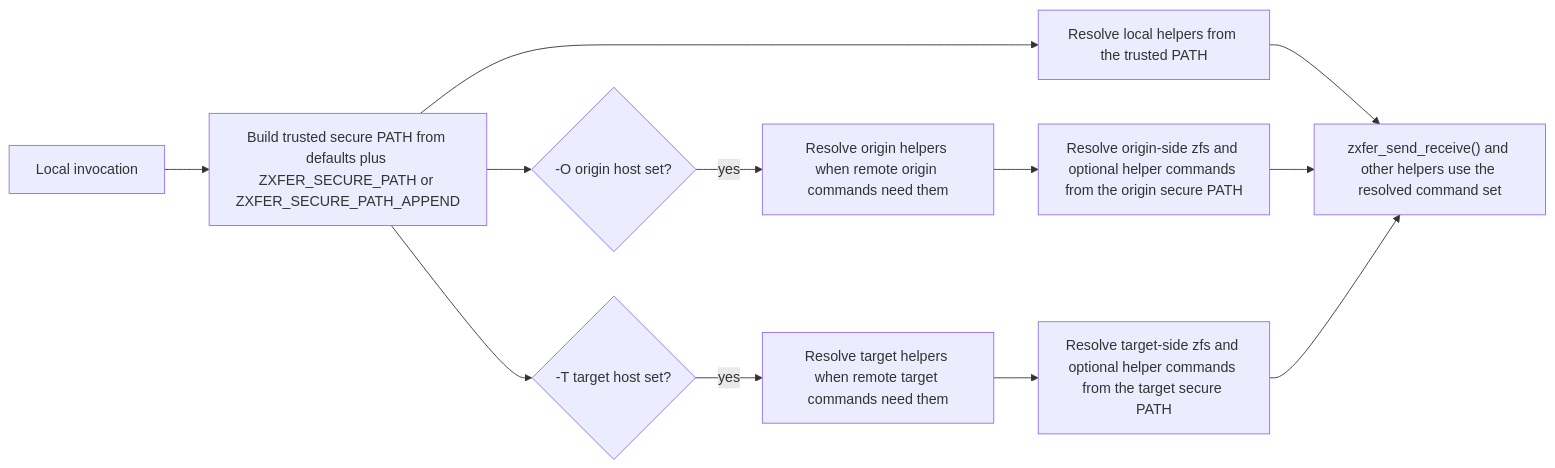
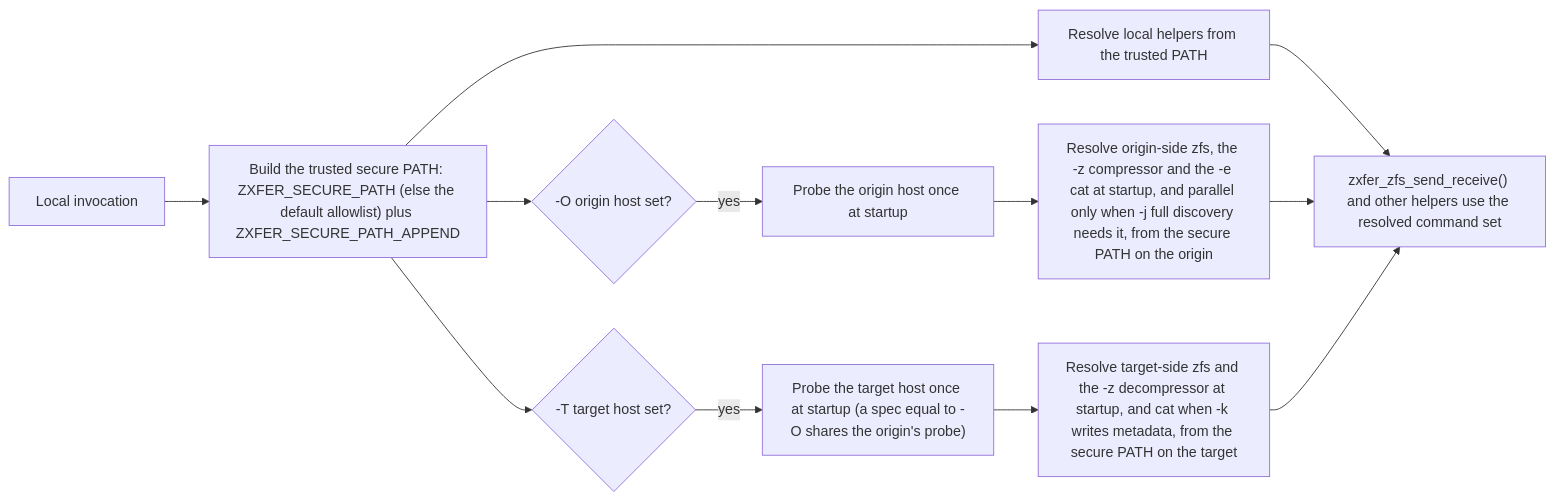
One commit to totalAldo/zxfer changed the first of 2 diagrams in docs/platforms.md. Above: the diagram before and after it, drawn with Mermaid. The commit also changed other lines of this file and 20 other files, not shown here.

````diff
--- a/docs/platforms.md
+++ b/docs/platforms.md
@@ -82,14 +82,14 @@
 ```mermaid
 flowchart LR
-    A["Local invocation"] --> B["Build trusted secure PATH from defaults plus ZXFER_SECURE_PATH or ZXFER_SECURE_PATH_APPEND"]
+    A["Local invocation"] --> B["Build the trusted secure PATH: ZXFER_SECURE_PATH (else the default allowlist) plus ZXFER_SECURE_PATH_APPEND"]
     B --> C{"-O origin host set?"}
     B --> D{"-T target host set?"}
     B --> E["Resolve local helpers from the trusted PATH"]
-    C -->|yes| F["Resolve origin helpers when remote origin commands need them"]
-    D -->|yes| G["Resolve target helpers when remote target commands need them"]
-    F --> H["Resolve origin-side zfs and optional helper commands from the origin secure PATH"]
-    G --> I["Resolve target-side zfs and optional helper commands from the target secure PATH"]
-    E --> J["zxfer_send_receive() and other helpers use the resolved command set"]
+    C -->|yes| F["Probe the origin host once at startup"]
+    D -->|yes| G["Probe the target host once at startup (a spec equal to -O shares the origin's probe)"]
+    F --> H["Resolve origin-side zfs, the -z compressor and the -e cat at startup, and parallel only when -j full discovery needs it, from the secure PATH on the origin"]
+    G --> I["Resolve target-side zfs and the -z decompressor at startup, and cat when -k writes metadata, from the secure PATH on the target"]
+    E --> J["zxfer_zfs_send_receive() and other helpers use the resolved command set"]
     H --> J
     I --> J
 ```
````
